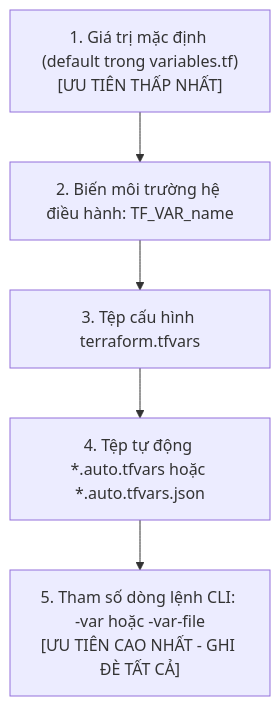
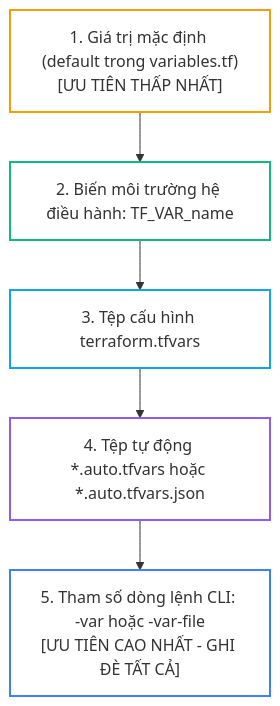
One commit to kiennt308/ntk changed the first of 2 diagrams in _posts/2026-09-13-terraform-05-05-thiet-ke-variables-locals-outputs-chuan-enterprise.md. Above: the diagram before and after it, drawn with Mermaid. The commit also changed other lines of this file and 26 other files, not shown here.

Commit message:
style(terraform): standardize presentation, complete titles & summaries, tailor tldr, and optimize lab tables & mermaid across Bài 05 to Bài 31

````diff
--- a/_posts/2026-09-13-terraform-05-05-thiet-ke-variables-locals-outputs-chuan-enterprise.md
+++ b/_posts/2026-09-13-terraform-05-05-thiet-ke-variables-locals-outputs-chuan-enterprise.md
@@ -38,9 +38,13 @@
 ```mermaid
 graph TD
     V1["1. Giá trị mặc định (default trong variables.tf)<br/>[ƯU TIÊN THẤP NHẤT]"] --> V2["2. Biến môi trường hệ điều hành: TF_VAR_name"]
     V2 --> V3["3. Tệp cấu hình terraform.tfvars"]
     V3 --> V4["4. Tệp tự động *.auto.tfvars hoặc *.auto.tfvars.json"]
     V4 --> V5["5. Tham số dòng lệnh CLI: -var hoặc -var-file<br/>[ƯU TIÊN CAO NHẤT - GHI ĐÈ TẤT CẢ]"]
 
-
+    style V5 fill:none,stroke:#3b82f6,stroke-width:2px
+    style V3 fill:none,stroke:#0ea5e9,stroke-width:2px
+    style V2 fill:none,stroke:#10b981,stroke-width:2px
+    style V1 fill:none,stroke:#f59e0b,stroke-width:2px
+    style V4 fill:none,stroke:#8b5cf6,stroke-width:2px
 ```
````
